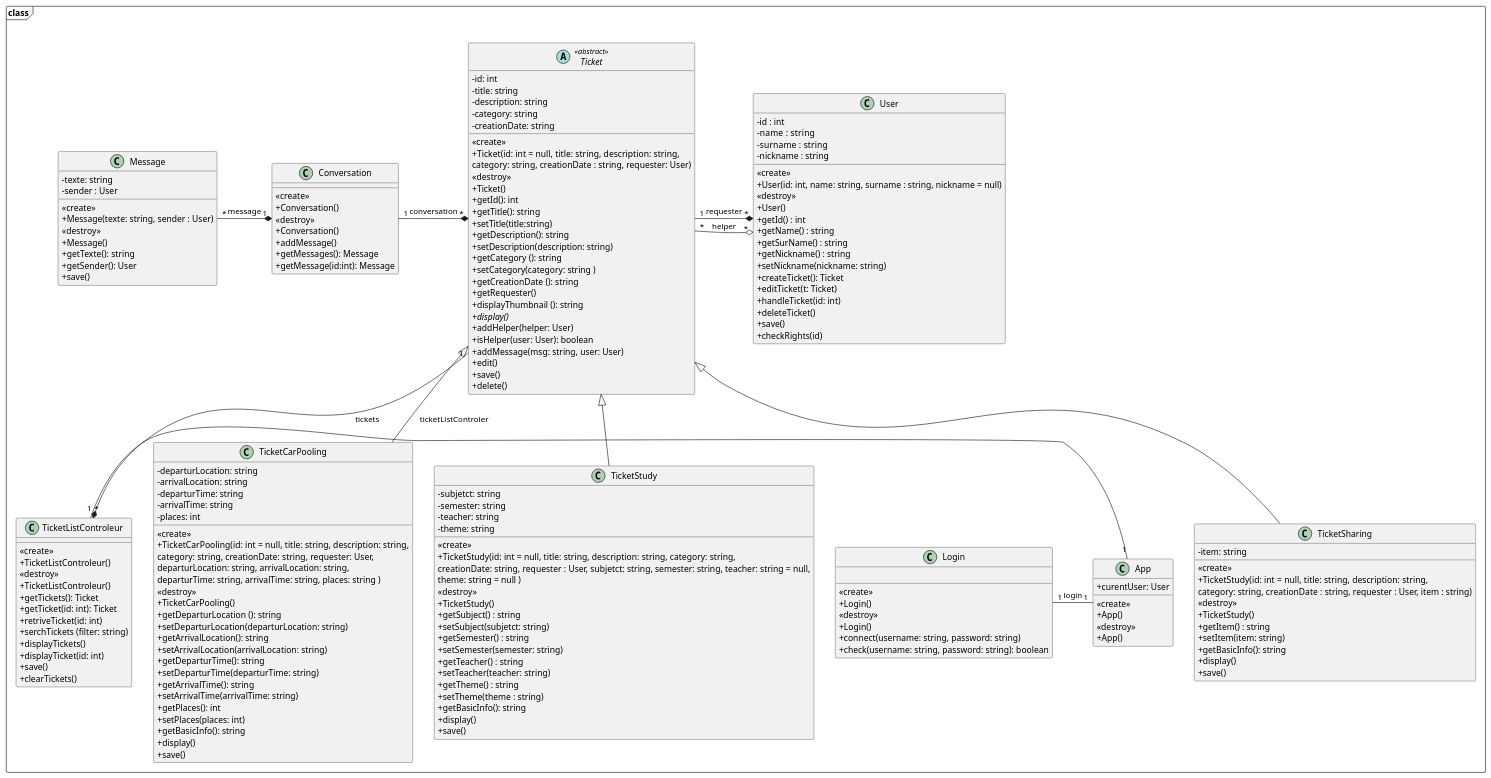
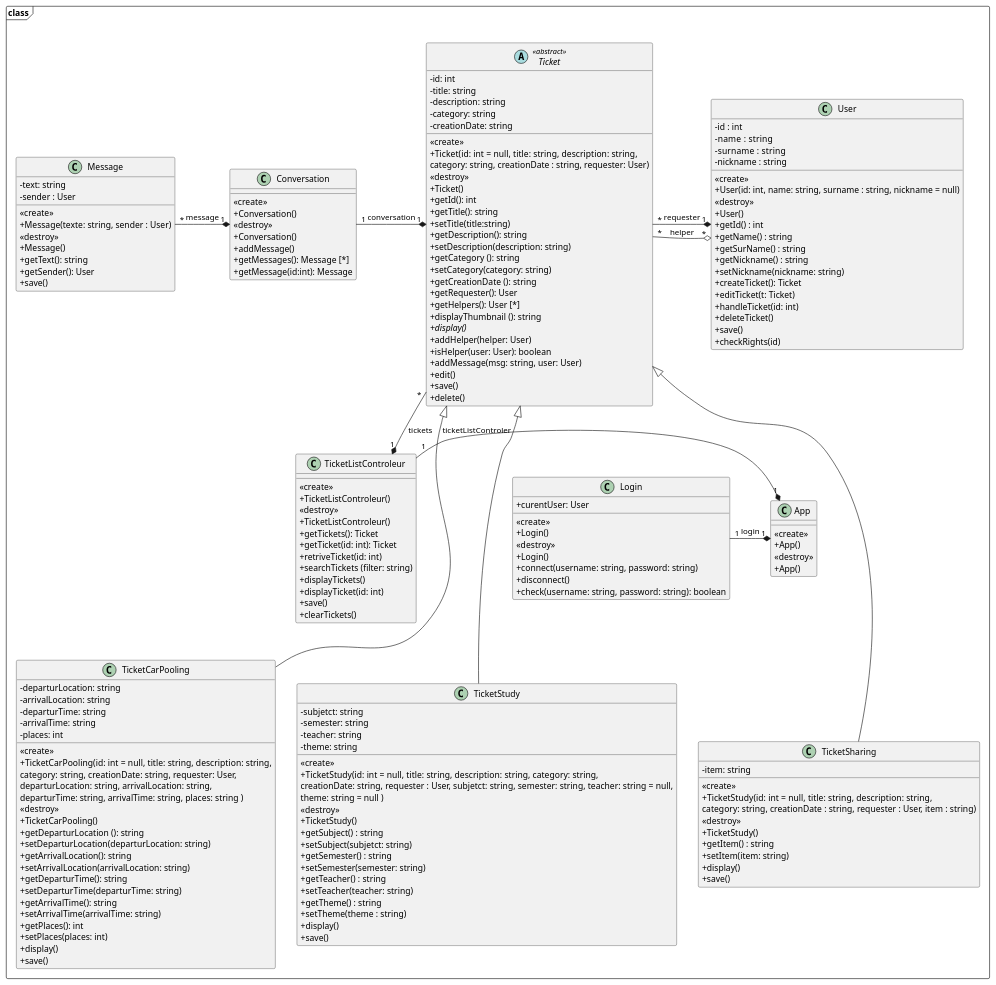
The diagram in docs/UML/Diagramme de classe.puml (dorianleveque/CoHub), drawn with PlantUML before and after one commit. The commit also changed 2 other files, not shown here.

```diff
--- a/docs/UML/Diagramme de classe.puml
+++ b/docs/UML/Diagramme de classe.puml
@@ -20,9 +20,10 @@
 + getDescription(): string
 + setDescription(description: string) 
 + getCategory (): string
-+ setCategory(category: string )
++ setCategory(category: string)
 + getCreationDate (): string
-+ getRequester()
++ getRequester(): User
++ getHelpers(): User [*]
 + displayThumbnail (): string
 {abstract}+ display()
 + addHelper(helper: User)
@@ -40,20 +41,20 @@
 <<destroy>>
 + Conversation()
 + addMessage()
-+ getMessages(): Message
++ getMessages(): Message [*]
 + getMessage(id:int): Message
 }
 
 
 class Message  {
--texte: string
+-text: string
 -sender : User
 __
 <<create>>
 + Message(texte: string, sender : User)
 <<destroy>>
 + Message()
-+ getTexte(): string
++ getText(): string
 + getSender(): User
 + save()
 }
@@ -81,8 +82,7 @@
 + getArrivalTime(): string
 + setArrivalTime(arrivalTime: string)
 + getPlaces(): int
-+ setPlaces(places: int)
-+ getBasicInfo(): string 
++ setPlaces(places: int) 
 + display()
 + save()
 }
@@ -109,7 +109,6 @@
 + setTeacher(teacher: string)
 + getTheme() : string
 + setTheme(theme : string)
-+ getBasicInfo(): string 
 + display()
 + save()
 }
@@ -124,7 +123,6 @@
 + TicketStudy()
 + getItem() : string
 + setItem(item: string)
-+ getBasicInfo(): string 
 + display()
 +save()
 }
@@ -162,7 +160,7 @@
 + getTickets(): Ticket
 + getTicket(id: int): Ticket
 + retriveTicket(id: int)
-+ serchTickets (filter: string)
++ searchTickets (filter: string)
 + displayTickets()
 + displayTicket(id: int)
 + save()
@@ -170,7 +168,6 @@
 }
 
 class App {
-+ curentUser: User
 __
 <<create>>
 + App()
@@ -179,29 +176,30 @@
 }
 
 class Login {
-
++ curentUser: User
 __
 <<create>>
 + Login()
 <<destroy>>
 + Login() 
-+ connect(username: string, password: string) 
++ connect(username: string, password: string)
++ disconnect()
 + check(username: string, password: string): boolean 
 }
 
 
-Ticket <|-- TicketCarPooling
-Ticket <|--TicketStudy
-Ticket <|--TicketSharing
-App "1" -right- "1" TicketListControleur: ticketListControler 
-App "1" -left- "1" Login: login 
+Ticket <|--- TicketCarPooling
+Ticket <|---TicketStudy
+Ticket <|---TicketSharing
+App "1" *-right- "1" TicketListControleur: ticketListControler 
+App "1" *-left- "1" Login: login 
 
 
-User "*" *---left- "1" Ticket : requester
+User "1" *---left- "*" Ticket : requester
 User "*" o---left- "*" Ticket : helper
-Ticket "*" *---left- "1" Conversation: conversation
+Ticket "1" *---left- "1" Conversation: conversation
 Conversation"1" *-left-- "*" Message :message
-Ticket "1" -down-* "*" TicketListControleur : tickets
+Ticket "*" -down-* "1" TicketListControleur : tickets
 
 }
 @enduml
```
